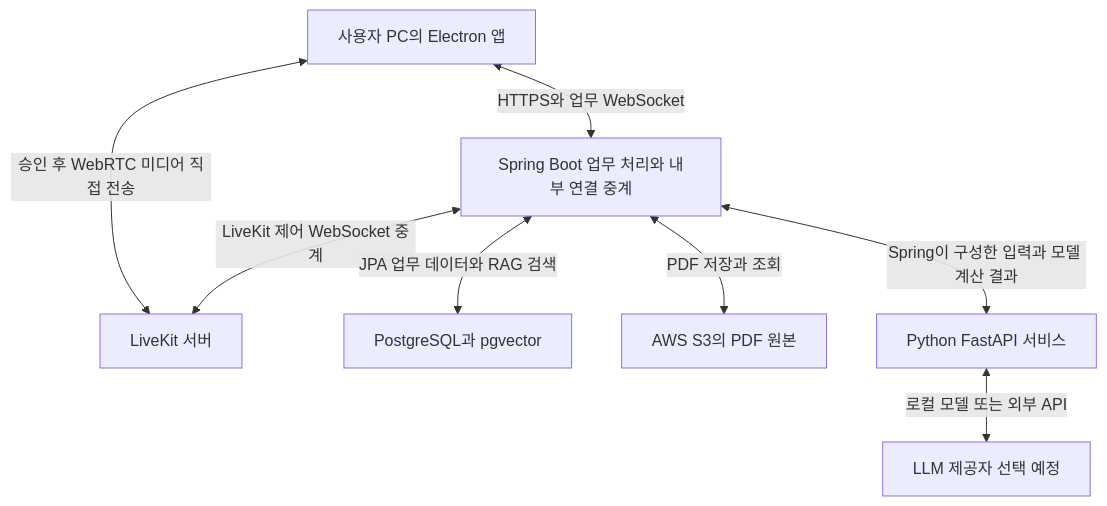
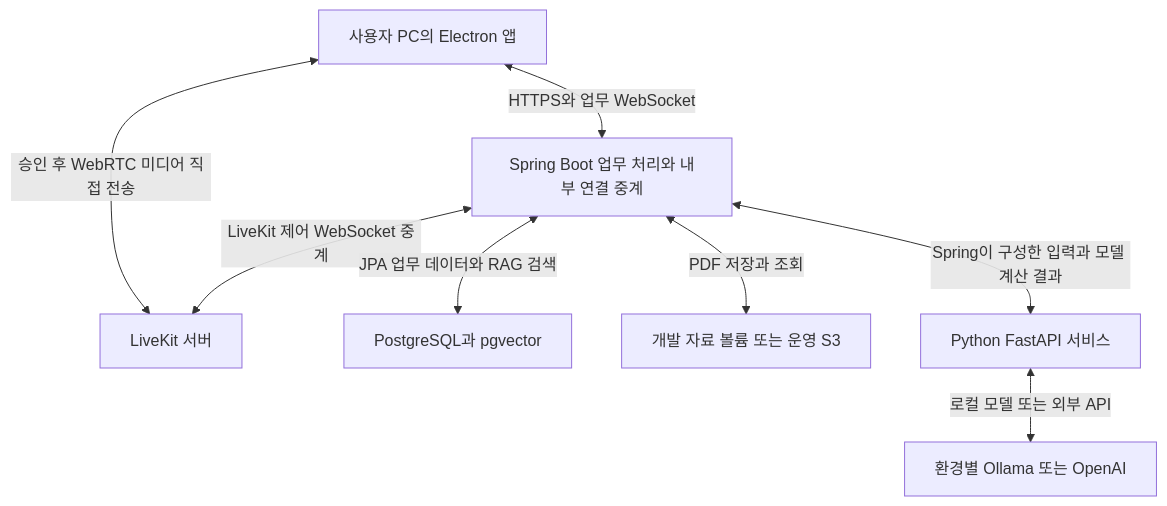
The first of 4 diagrams in docs/TUTIPAL_DESIGN.md (JephyrWing/project_tutipal), drawn with Mermaid before and after one commit. The commit also changed other lines of this file and 2 other files, not shown here.

````diff
--- a/docs/TUTIPAL_DESIGN.md
+++ b/docs/TUTIPAL_DESIGN.md
@@ -144,17 +150,17 @@
 ```mermaid
 flowchart TD
     App["사용자 PC의 Electron 앱"]
     Spring["Spring Boot 업무 처리와 내부 연결 중계"]
     LK["LiveKit 서버"]
     DB["PostgreSQL과 pgvector"]
-    S3["AWS S3의 PDF 원본"]
+    S3["개발 자료 볼륨 또는 운영 S3"]
     AI["Python FastAPI 서비스"]
-    Model["LLM 제공자 선택 예정"]
+    Model["환경별 Ollama 또는 OpenAI"]
     App <-->|"HTTPS와 업무 WebSocket"| Spring
     Spring <-->|"LiveKit 제어 WebSocket 중계"| LK
     App <-->|"승인 후 WebRTC 미디어 직접 전송"| LK
     Spring <-->|"JPA 업무 데이터와 RAG 검색"| DB
     Spring <-->|"PDF 저장과 조회"| S3
     Spring <-->|"Spring이 구성한 입력과 모델 계산 결과"| AI
     AI <-->|"로컬 모델 또는 외부 API"| Model
 ```
````
